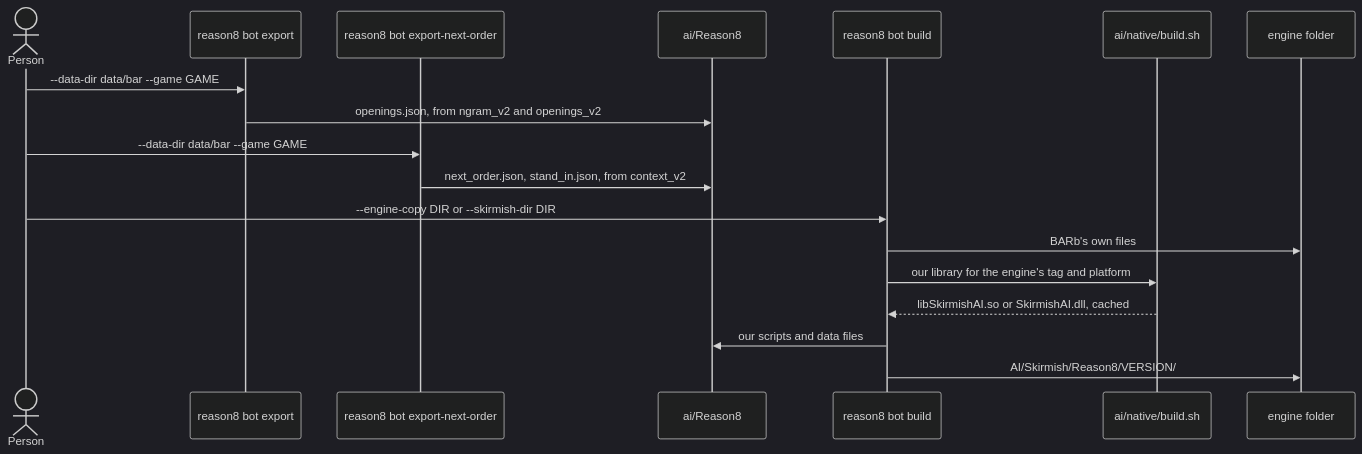
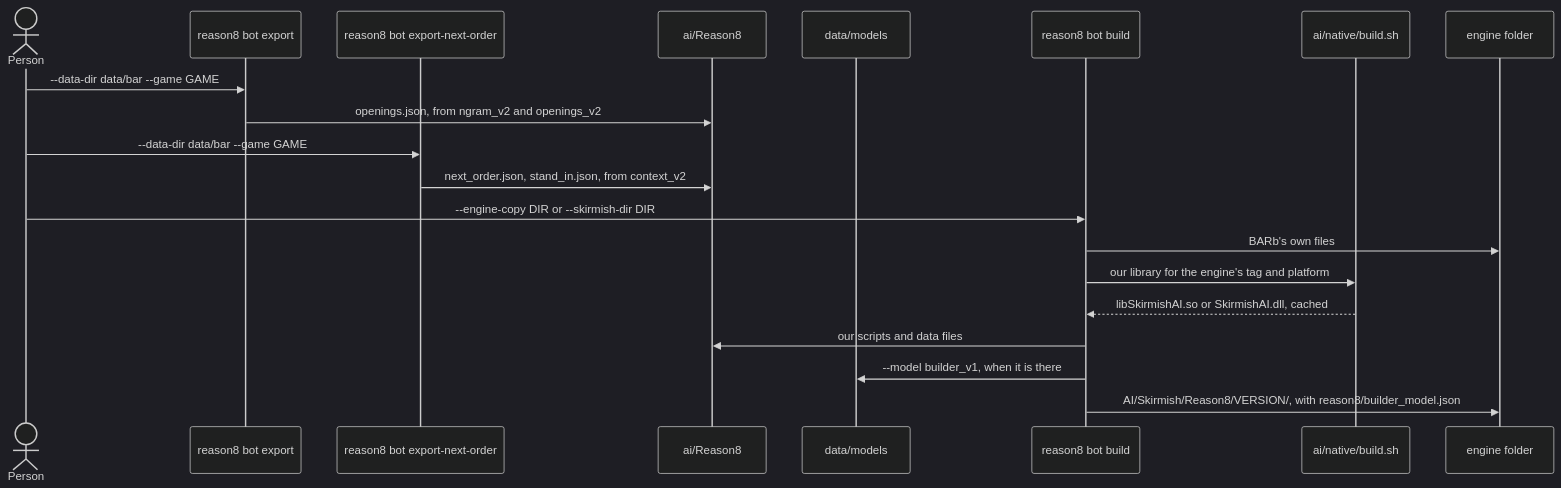
One commit to nineinchnick/reason8 changed the seventh of 10 diagrams in docs/reference/workflows.md. Above: the diagram before and after it, drawn with Mermaid (dark theme). The commit also changed other lines of this file and 3 other files, not shown here.

First line of the commit message:
Document the learned builder model in the game

````diff
--- a/docs/reference/workflows.md
+++ b/docs/reference/workflows.md
@@ -301,20 +306,22 @@
 ```mermaid
 sequenceDiagram
     actor Person
     participant Export as reason8 bot export
     participant NextOrder as reason8 bot export-next-order
     participant Repo as ai/Reason8
+    participant Models as data/models
     participant Build as reason8 bot build
     participant Native as ai/native/build.sh
     participant Engine as engine folder
     Person->>Export: --data-dir data/bar --game GAME
     Export->>Repo: openings.json, from ngram_v2 and openings_v2
     Person->>NextOrder: --data-dir data/bar --game GAME
     NextOrder->>Repo: next_order.json, stand_in.json, from context_v2
     Person->>Build: --engine-copy DIR or --skirmish-dir DIR
     Build->>Engine: BARb's own files
     Build->>Native: our library for the engine's tag and platform
     Native-->>Build: libSkirmishAI.so or SkirmishAI.dll, cached
     Build->>Repo: our scripts and data files
-    Build->>Engine: AI/Skirmish/Reason8/VERSION/
+    Build->>Models: --model builder_v1, when it is there
+    Build->>Engine: AI/Skirmish/Reason8/VERSION/, with reason8/builder_model.json
 ```
````
